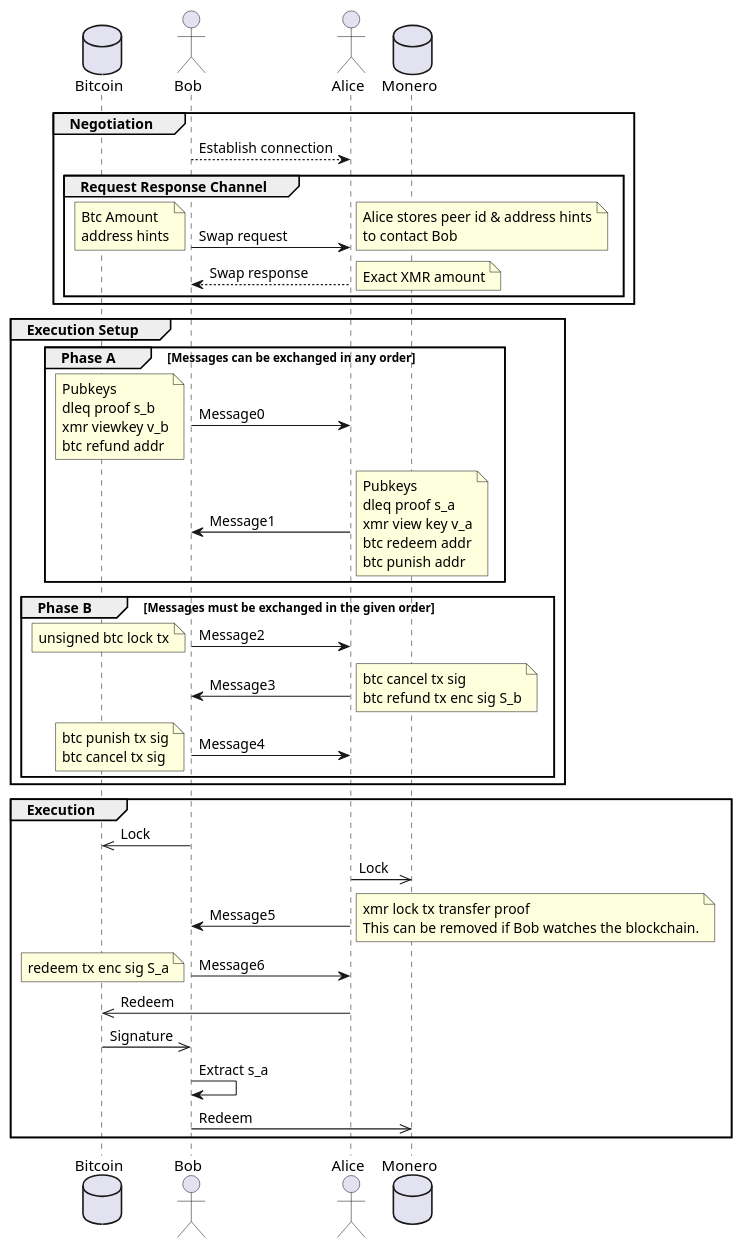
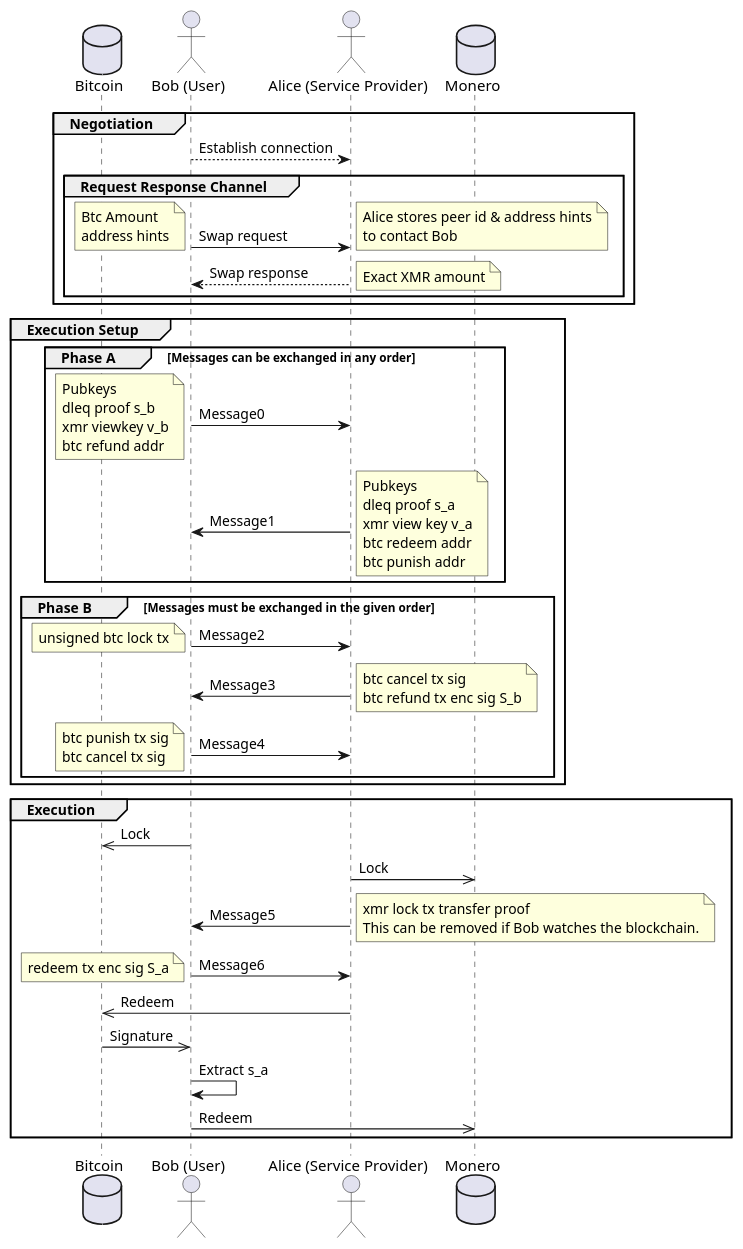
Before and after one commit to comit-network/xmr-btc-swap: the diagram in docs/sequence.puml, drawn with PlantUML.

Commit message:
Clarify who is user/SP

```diff
--- a/docs/sequence.puml
+++ b/docs/sequence.puml
@@ -1,64 +1,64 @@
 @startuml
 database Bitcoin
-actor Bob
-Actor Alice
+actor Bob as "Bob (User)"
+Actor Alice as "Alice (Service Provider)"
 database Monero
 
 group Negotiation
 
     Bob --> Alice: Establish connection
 
     group Request Response Channel
         Bob -> Alice: Swap request
         note left: Btc Amount\naddress hints
         note right: Alice stores peer id & address hints\nto contact Bob
 
         Alice --> Bob: Swap response
         note right: Exact XMR amount
     end
 end
 
 group Execution Setup
     group Phase A [Messages can be exchanged in any order]
         Bob -> Alice: Message0
         note left: Pubkeys\ndleq proof s_b\nxmr viewkey v_b\nbtc refund addr
 
         Alice -> Bob: Message1
         note right: Pubkeys\ndleq proof s_a\nxmr view key v_a\nbtc redeem addr\nbtc punish addr
     end
 
     group Phase B [Messages must be exchanged in the given order]
 
         Bob -> Alice: Message2
         note left: unsigned btc lock tx
 
         Alice -> Bob: Message3
         note right: btc cancel tx sig\nbtc refund tx enc sig S_b
 
         Bob -> Alice: Message4
         note left: btc punish tx sig\nbtc cancel tx sig
 
     end
 end
 
 group Execution
     Bob ->> Bitcoin: Lock
 
     Alice ->> Monero: Lock
 
     Alice -> Bob: Message5
     note right: xmr lock tx transfer proof\nThis can be removed if Bob watches the blockchain.
 
     Bob -> Alice: Message6
     note left: redeem tx enc sig S_a
 
     Alice ->> Bitcoin: Redeem
 
     Bitcoin ->> Bob: Signature
 
     Bob -> Bob: Extract s_a
 
     Bob ->> Monero: Redeem
 end
 
 @enduml
```
